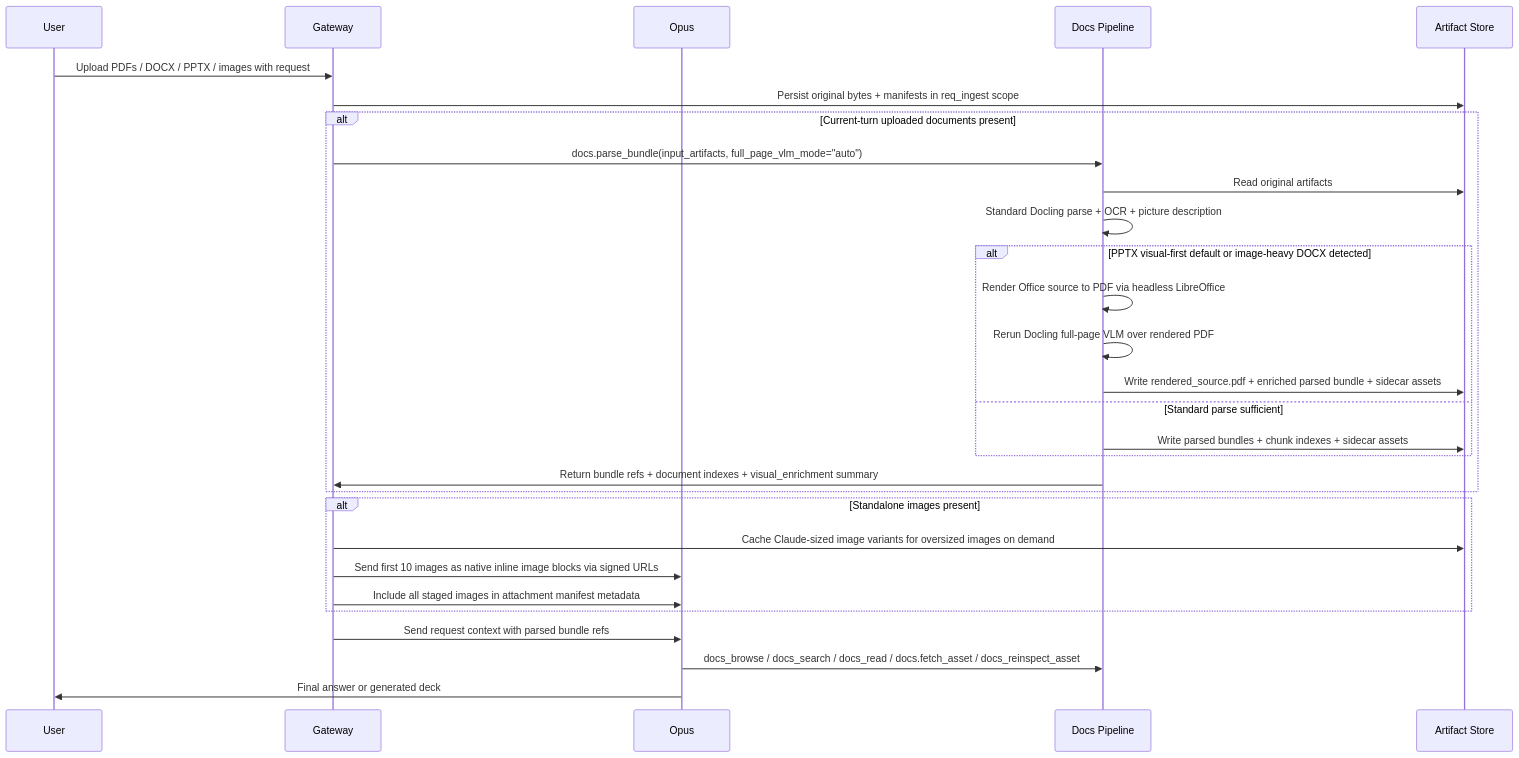
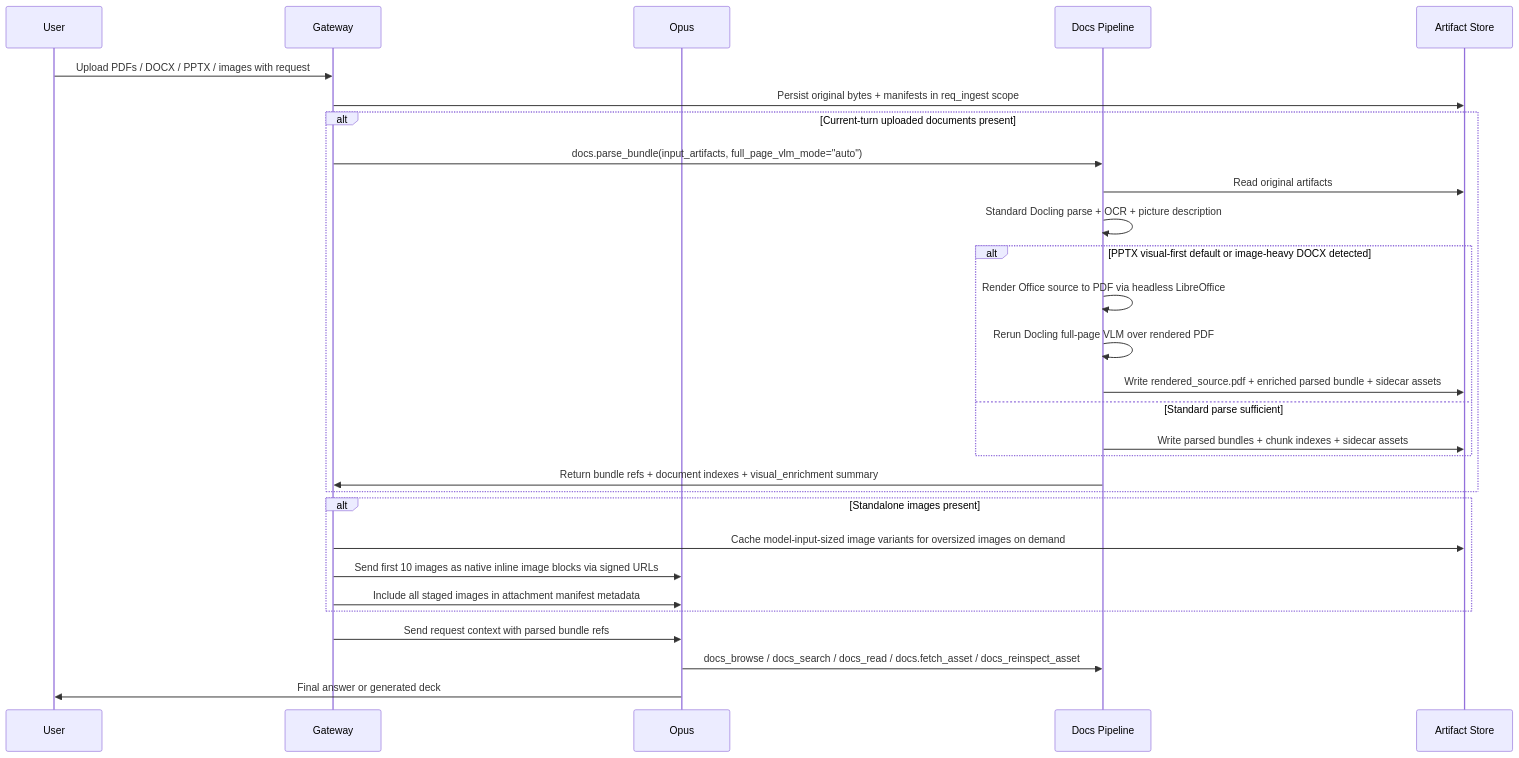
The second of 3 diagrams in Backend/COSMIC_MULTIMODAL_DOCUMENT_PIPELINE_PLAN.md (uspraveen/Cosmic-OS), drawn with Mermaid before and after one commit. The commit also changed other lines of this file and 25 other files, not shown here.

````diff
--- a/Backend/COSMIC_MULTIMODAL_DOCUMENT_PIPELINE_PLAN.md
+++ b/Backend/COSMIC_MULTIMODAL_DOCUMENT_PIPELINE_PLAN.md
@@ -673,32 +673,32 @@
 ```mermaid
 sequenceDiagram
     participant U as User
     participant G as Gateway
     participant O as Opus
     participant D as Docs Pipeline
     participant A as Artifact Store
 
     U->>G: Upload PDFs / DOCX / PPTX / images with request
     G->>A: Persist original bytes + manifests in req_ingest scope
     alt Current-turn uploaded documents present
         G->>D: docs.parse_bundle(input_artifacts, full_page_vlm_mode="auto")
         D->>A: Read original artifacts
         D->>D: Standard Docling parse + OCR + picture description
         alt PPTX visual-first default or image-heavy DOCX detected
             D->>D: Render Office source to PDF via headless LibreOffice
             D->>D: Rerun Docling full-page VLM over rendered PDF
             D->>A: Write rendered_source.pdf + enriched parsed bundle + sidecar assets
         else Standard parse sufficient
             D->>A: Write parsed bundles + chunk indexes + sidecar assets
         end
         D->>G: Return bundle refs + document indexes + visual_enrichment summary
     end
     alt Standalone images present
-        G->>A: Cache Claude-sized image variants for oversized images on demand
+        G->>A: Cache model-input-sized image variants for oversized images on demand
         G->>O: Send first 10 images as native inline image blocks via signed URLs
         G->>O: Include all staged images in attachment manifest metadata
     end
     G->>O: Send request context with parsed bundle refs
     O->>D: docs_browse / docs_search / docs_read / docs.fetch_asset / docs_reinspect_asset
     O->>U: Final answer or generated deck
 ```
````
